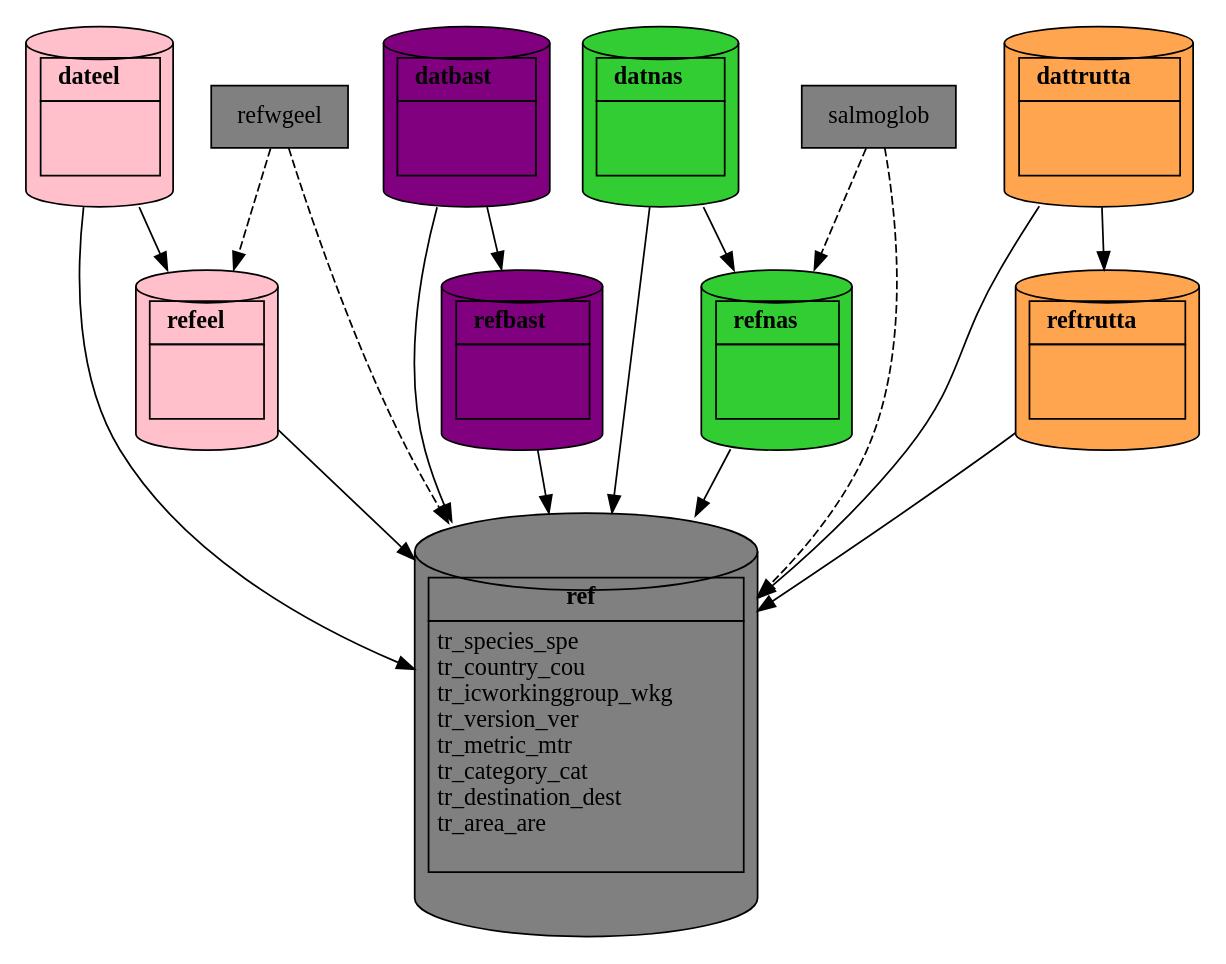
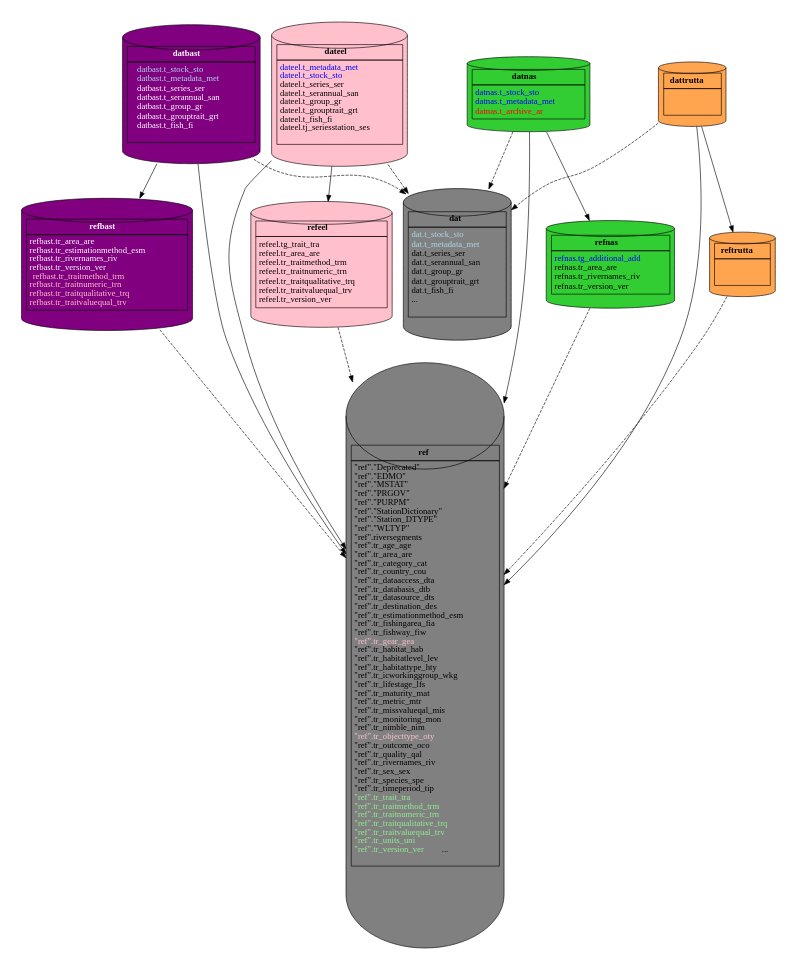
The first of 2 diagrams in R/stockdb.qmd (DIASPARAproject/WP3_migdb), drawn with Graphviz before and after one commit. The commit also changed 1 other file, not shown here.

Commit message:
dev : presentation

````diff
--- a/R/stockdb.qmd
+++ b/R/stockdb.qmd
@@ -319,70 +319,179 @@
 label=<<table border="0" cellborder="1" cellspacing="0" cellpadding="4">
 <tr> <td> <b>ref</b> </td> </tr>
 <tr> <td align="left">
-tr_species_spe <br align="left"/>
-tr_country_cou <br align="left"/>
-tr_icworkinggroup_wkg <br align="left"/>
-tr_version_ver <br align="left"/>
-tr_metric_mtr <br align="left"/>
-tr_category_cat <br align="left"/>
-tr_destination_dest <br align="left"/>
-tr_area_are <br align="left"/> </td> </tr> 
+"ref"."Deprecated"  <br align="left"/>
+"ref"."EDMO" <br align="left"/>
+"ref"."MSTAT" <br align="left"/>
+"ref"."PRGOV" <br align="left"/>
+"ref"."PURPM" <br align="left"/>
+"ref"."StationDictionary" <br align="left"/>
+"ref"."Station_DTYPE" <br align="left"/>
+"ref"."WLTYP" <br align="left"/>
+"ref".riversegments <br align="left"/>
+"ref".tr_age_age <br align="left"/>
+"ref".tr_area_are <br align="left"/>
+"ref".tr_category_cat <br align="left"/>
+"ref".tr_country_cou <br align="left"/>
+"ref".tr_dataaccess_dta <br align="left"/>
+"ref".tr_databasis_dtb <br align="left"/>
+"ref".tr_datasource_dts <br align="left"/>
+"ref".tr_destination_des <br align="left"/>
+"ref".tr_estimationmethod_esm <br align="left"/>
+"ref".tr_fishingarea_fia <br align="left"/>
+"ref".tr_fishway_fiw <br align="left"/>
+<font color="pink">
+"ref".tr_gear_gea <br align="left"/>
+</font>
+"ref".tr_habitat_hab <br align="left"/>
+"ref".tr_habitatlevel_lev <br align="left"/>
+"ref".tr_habitattype_hty <br align="left"/>
+"ref".tr_icworkinggroup_wkg <br align="left"/>
+"ref".tr_lifestage_lfs <br align="left"/>
+"ref".tr_maturity_mat <br align="left"/>
+"ref".tr_metric_mtr <br align="left"/>
+"ref".tr_missvalueqal_mis <br align="left"/>
+"ref".tr_monitoring_mon <br align="left"/>
+"ref".tr_nimble_nim <br align="left"/>
+<font color="pink">
+"ref".tr_objecttype_oty <br align="left"/>
+</font>
+"ref".tr_outcome_oco <br align="left"/>
+"ref".tr_quality_qal <br align="left"/>
+"ref".tr_rivernames_riv <br align="left"/>
+"ref".tr_sex_sex <br align="left"/>
+"ref".tr_species_spe <br align="left"/>
+"ref".tr_timeperiod_tip <br align="left"/>
+<font color="lightgreen">
+"ref".tr_trait_tra <br align="left"/>
+"ref".tr_traitmethod_trm <br align="left"/>
+"ref".tr_traitnumeric_trn <br align="left"/>
+"ref".tr_traitqualitative_trq <br align="left"/>
+"ref".tr_traitvaluequal_trv <br align="left"/>
+"ref".tr_units_uni <br align="left"/>
+"ref".tr_version_ver
+</font>
+... <br align="left"/> </td> </tr> 
 </table>> 
 shape = cylinder]; 
+
+dat [fillcolor="gray"
+label=<<table border="0" cellborder="1" cellspacing="0" cellpadding="4">
+<tr> <td> <b>dat</b> </td> </tr>
+<tr> <td align="left">
+<font color="lightblue">
+dat.t_stock_sto<br align="left"/>
+dat.t_metadata_met<br align="left"/>
+</font>
+dat.t_series_ser <br align="left"/>
+dat.t_serannual_san <br align="left"/>
+dat.t_group_gr <br align="left"/>
+dat.t_grouptrait_grt <br align="left"/>
+dat.t_fish_fi <br align="left"/>
+... <br align="left"/> </td> </tr> 
+</table>> 
+shape = cylinder]; 
+
 refeel [fillcolor="pink"
 label=<<table border="0" cellborder="1" cellspacing="0" cellpadding="4">
 <tr> <td> <b>refeel</b> </td> </tr>
 <tr> <td align="left">
-<br align="left"/>
+refeel.tg_trait_tra<br align="left"/>
+refeel.tr_area_are<br align="left"/>
+refeel.tr_traitmethod_trm<br align="left"/>
+refeel.tr_traitnumeric_trn<br align="left"/>
+refeel.tr_traitqualitative_trq<br align="left"/>
+refeel.tr_traitvaluequal_trv<br align="left"/>
+refeel.tr_version_ver
 <br align="left"/>
 </td> </tr> 
 </table>> 
 shape = cylinder];
+
 dateel [fillcolor="pink"
 label=<<table border="0" cellborder="1" cellspacing="0" cellpadding="4">
 <tr> <td> <b>dateel</b> </td> </tr>
 <tr> <td align="left">
-<br align="left"/>
-<br align="left"/>
+<font color="blue">dateel.t_metadata_met</font> <br align="left"/>
+<font color="blue">dateel.t_stock_sto</font> <br align="left"/>
+dateel.t_series_ser <br align="left"/>
+dateel.t_serannual_san <br align="left"/>
+dateel.t_group_gr <br align="left"/>
+dateel.t_grouptrait_grt <br align="left"/>
+dateel.t_fish_fi <br align="left"/>
+dateel.tj_seriesstation_ses <br align="left"/> </td> </tr>
+</table>> 
+shape = cylinder];
+
+refbast [fillcolor="purple"
+label=<<table border="0" cellborder="1" cellspacing="0" cellpadding="4">
+<tr> <td> <b><font color="white">refbast</font></b> </td> </tr>
+<tr> <td align="left">
+<font color="white">
+refbast.tr_area_are <br align="left"/> 
+refbast.tr_estimationmethod_esm <br align="left"/> 
+refbast.tr_rivernames_riv <br align="left"/> 
+refbast.tr_version_ver <br align="left"/> 
+</font>
+<font color="pink">
+refbast.tr_traitmethod_trm<br align="left"/>
+refbast.tr_traitnumeric_trn<br align="left"/>
+refbast.tr_traitqualitative_trq<br align="left"/>
+refbast.tr_traitvaluequal_trv<br align="left"/>
+</font>
 </td> </tr> 
 </table>> 
 shape = cylinder];
-refbast [fillcolor="purple"
+
+datbast [fillcolor="purple"
 label=<<table border="0" cellborder="1" cellspacing="0" cellpadding="4">
-<tr> <td> <b>refbast</b> </td> </tr>
+<tr> <td> <b><font color="white">datbast</font></b> </td> </tr>
 <tr> <td align="left">
-<br align="left"/>
-<br align="left"/>
-</td> </tr> 
+<font color="lightblue">
+    datbast.t_stock_sto <br align="left"/>
+    datbast.t_metadata_met <br align="left"/>
+</font>
+<font color="white">
+    datbast.t_series_ser <br align="left"/>
+    datbast.t_serannual_san <br align="left"/>
+    datbast.t_group_gr <br align="left"/>
+    datbast.t_grouptrait_grt <br align="left"/>
+    datbast.t_fish_fi <br align="left"/>
+</font> 
+ </td> </tr>
 </table>> 
 shape = cylinder];
-datbast [fillcolor="purple"
-label=<<table border="0" cellborder="1" cellspacing="0" cellpadding="4">
-<tr> <td> <b>datbast</b> </td> </tr>
-<tr> <td align="left">
-<br align="left"/>
-<br align="left"/>
-</td> </tr> 
-</table>> 
-shape = cylinder];
+
 refnas [fillcolor="limegreen"
 label=<<table border="0" cellborder="1" cellspacing="0" cellpadding="4">
 <tr> <td> <b>refnas</b> </td> </tr>
 <tr> <td align="left">
-<br align="left"/>
-<br align="left"/>
+<font color="blue">
+refnas.tg_additional_add <br align="left"/>
+</font>
+refnas.tr_area_are <br align="left"/>
+refnas.tr_rivernames_riv <br align="left"/>
+refnas.tr_version_ver <br align="left"/>
+
 </td> </tr> 
 </table>> 
 shape = cylinder];
+
 datnas [fillcolor="limegreen"
 label=<<table border="0" cellborder="1" cellspacing="0" cellpadding="4">
 <tr> <td> <b>datnas</b> </td> </tr>
 <tr> <td align="left">
-<br align="left"/>
-<br align="left"/>
-</td> </tr> 
+<font color="blue">
+datnas.t_stock_sto <br align="left"/>
+datnas.t_metadata_met <br align="left"/>
+</font>
+<font color="red">
+datnas.t_archive_ar <br align="left"/>
+</font>
+
+</td> </tr>
 </table>> 
-shape = cylinder];   
+shape = cylinder];  
+
 reftrutta [fillcolor="tan1"
 label=<<table border="0" cellborder="1" cellspacing="0" cellpadding="4">
 <tr> <td> <b>reftrutta</b> </td> </tr>
@@ -392,6 +501,7 @@
 </td> </tr> 
 </table>> 
 shape = cylinder];
+
 dattrutta [fillcolor="tan1"
 label=<<table border="0" cellborder="1" cellspacing="0" cellpadding="4">
 <tr> <td> <b>dattrutta</b> </td> </tr>
@@ -401,27 +511,27 @@
 </td> </tr> 
 </table>> 
 shape = cylinder];   
-reftrutta;
-refwgeel;  # this in an archive
+
+ # this in an archive
 
 
-refeel -> ref 
-refbast -> ref;
-refnas -> ref 
-reftrutta -> ref
-dateel -> ref
-datnas -> ref
-datbast -> ref
-dattrutta -> ref
+refeel -> ref [style="dashed"]
+refbast -> ref [style="dashed"]
+refnas -> ref [style="dashed"]
+reftrutta -> ref [style="dashed"]
+dateel -> dat [style="dashed"]
+datnas -> dat [style="dashed"]
+datbast -> dat [style="dashed"]
+dattrutta -> dat [style="dashed"]
 dateel -> refeel
 datnas -> refnas
 dattrutta -> reftrutta
 datbast  -> refbast
+dateel -> ref
+datnas -> ref
+dattrutta -> ref
+datbast  -> ref
 
-refwgeel -> ref [style="dashed"]
-refwgeel -> refeel [style="dashed"]
-salmoglob -> ref [style="dashed"]
-salmoglob -> refnas [style="dashed"]
 
 }
 ```
````
